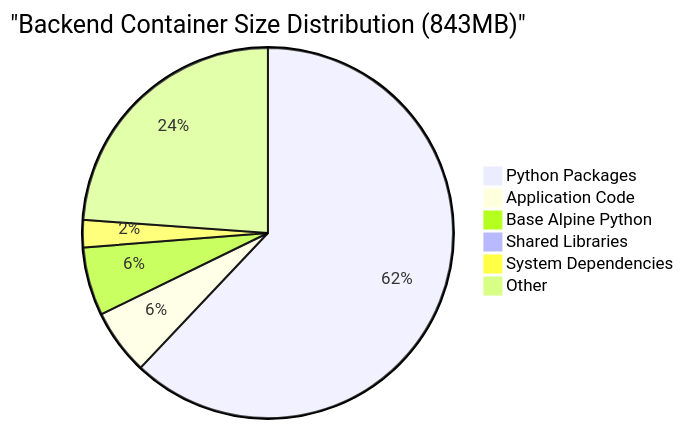
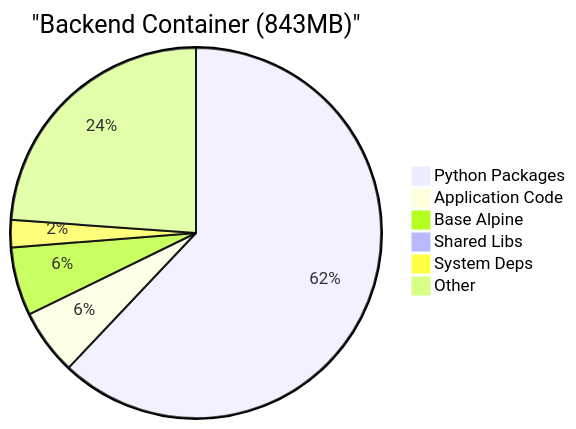
Before and after one commit to netra-systems/zen: the sixth of 15 diagrams in docs/docker_architecture_diagrams.md, drawn with Mermaid. The commit also changed other lines of this file and 3 other files, not shown here.

First line of the commit message:
docs: update architecture documentation and SSOT compliance

````diff
--- a/docs/docker_architecture_diagrams.md
+++ b/docs/docker_architecture_diagrams.md
@@ -131,9 +138,9 @@
 ```mermaid
-pie title "Backend Container Size Distribution (843MB)"
+pie title "Backend Container (843MB)"
     "Python Packages" : 520
     "Application Code" : 48
-    "Base Alpine Python" : 50
-    "Shared Libraries" : 5
-    "System Dependencies" : 20
+    "Base Alpine" : 50
+    "Shared Libs" : 5
+    "System Deps" : 20
     "Other" : 200
 ```
````
